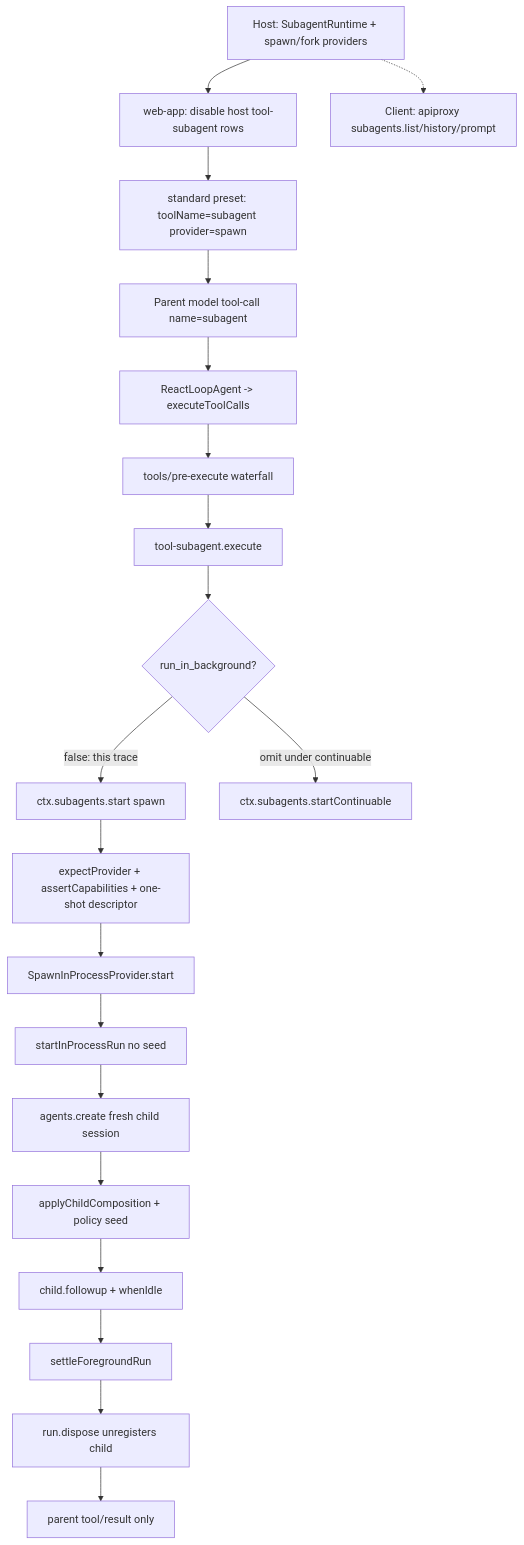
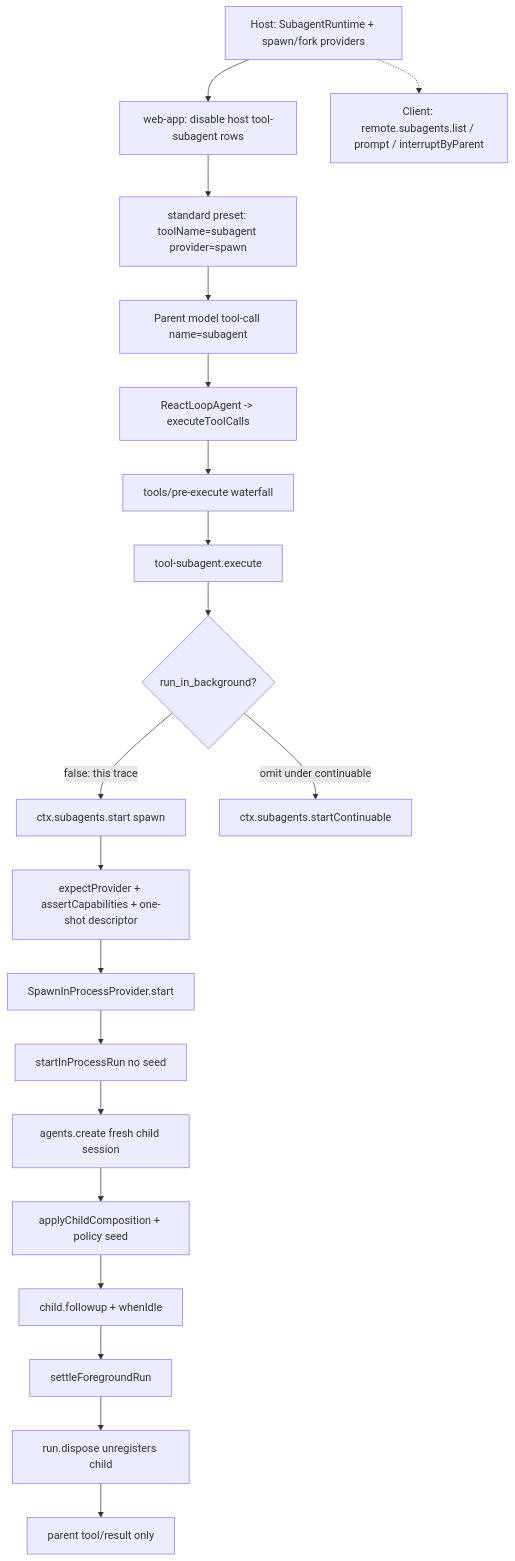
Before and after one commit to wdnmdtonyma/SOTA-Agent-LLM-Wiki: the diagram in docs/llm-wiki/deepseek-harness/spine/trace-subagent.md, drawn with Mermaid. The commit also changed other lines of this file and 217 other files, not shown here.

````diff
--- a/docs/llm-wiki/deepseek-harness/spine/trace-subagent.md
+++ b/docs/llm-wiki/deepseek-harness/spine/trace-subagent.md
@@ -53,29 +53,29 @@
 ```mermaid
 flowchart TD
   HostReg["Host: SubagentRuntime + spawn/fork providers"]
   WebDisable["web-app: disable host tool-subagent rows"]
   PresetTool["standard preset: toolName=subagent provider=spawn"]
   ModelCall["Parent model tool-call name=subagent"]
   LoopExec["ReactLoopAgent -> executeToolCalls"]
   PreExec["tools/pre-execute waterfall"]
   Body["tool-subagent.execute"]
   Route{"run_in_background?"}
   StartOne["ctx.subagents.start spawn"]
   StartCont["ctx.subagents.startContinuable"]
   Validate["expectProvider + assertCapabilities + one-shot descriptor"]
   SpawnStart["SpawnInProcessProvider.start"]
   Driver["startInProcessRun no seed"]
   Create["agents.create fresh child session"]
   Setup["applyChildComposition + policy seed"]
   Drive["child.followup + whenIdle"]
   Settle["settleForegroundRun"]
   Dispose["run.dispose unregisters child"]
   ParentRes["parent tool/result only"]
-  ClientObs["Client: apiproxy subagents.list/history/prompt"]
+  ClientObs["Client: remote.subagents.list / prompt / interruptByParent"]
 
   HostReg --> WebDisable --> PresetTool
   PresetTool --> ModelCall --> LoopExec --> PreExec --> Body --> Route
   Route -->|"false: this trace"| StartOne --> Validate --> SpawnStart --> Driver --> Create --> Setup --> Drive --> Settle --> Dispose --> ParentRes
   Route -->|"omit under continuable"| StartCont
   HostReg -.-> ClientObs
 ```
````
